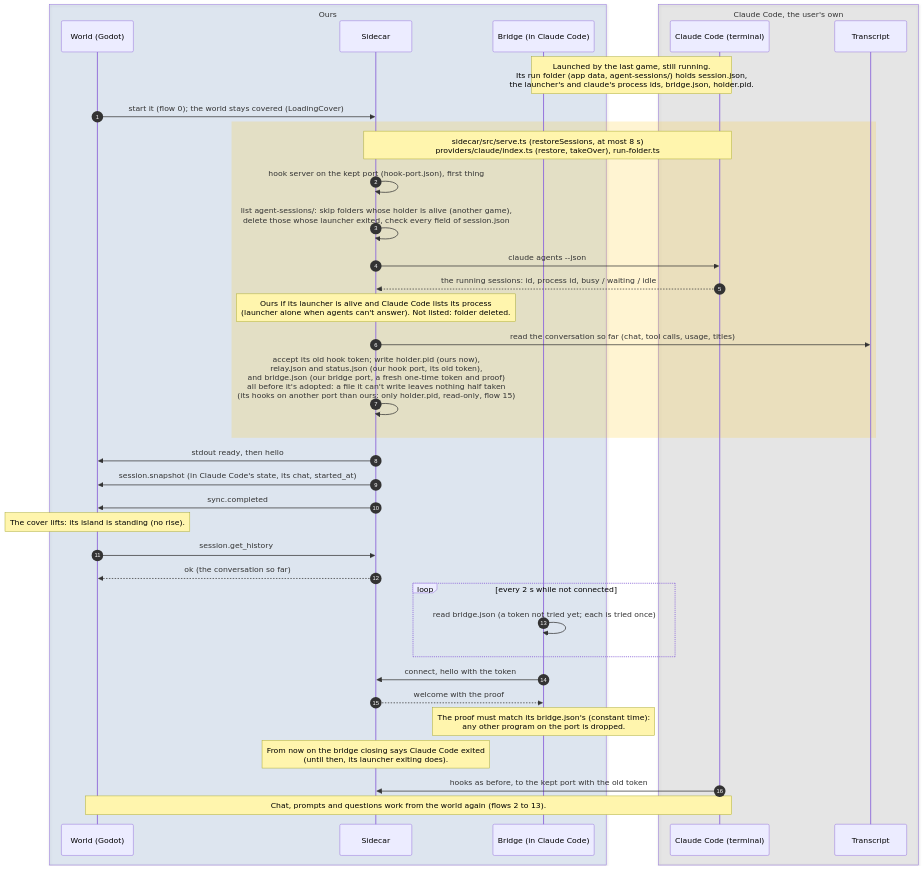
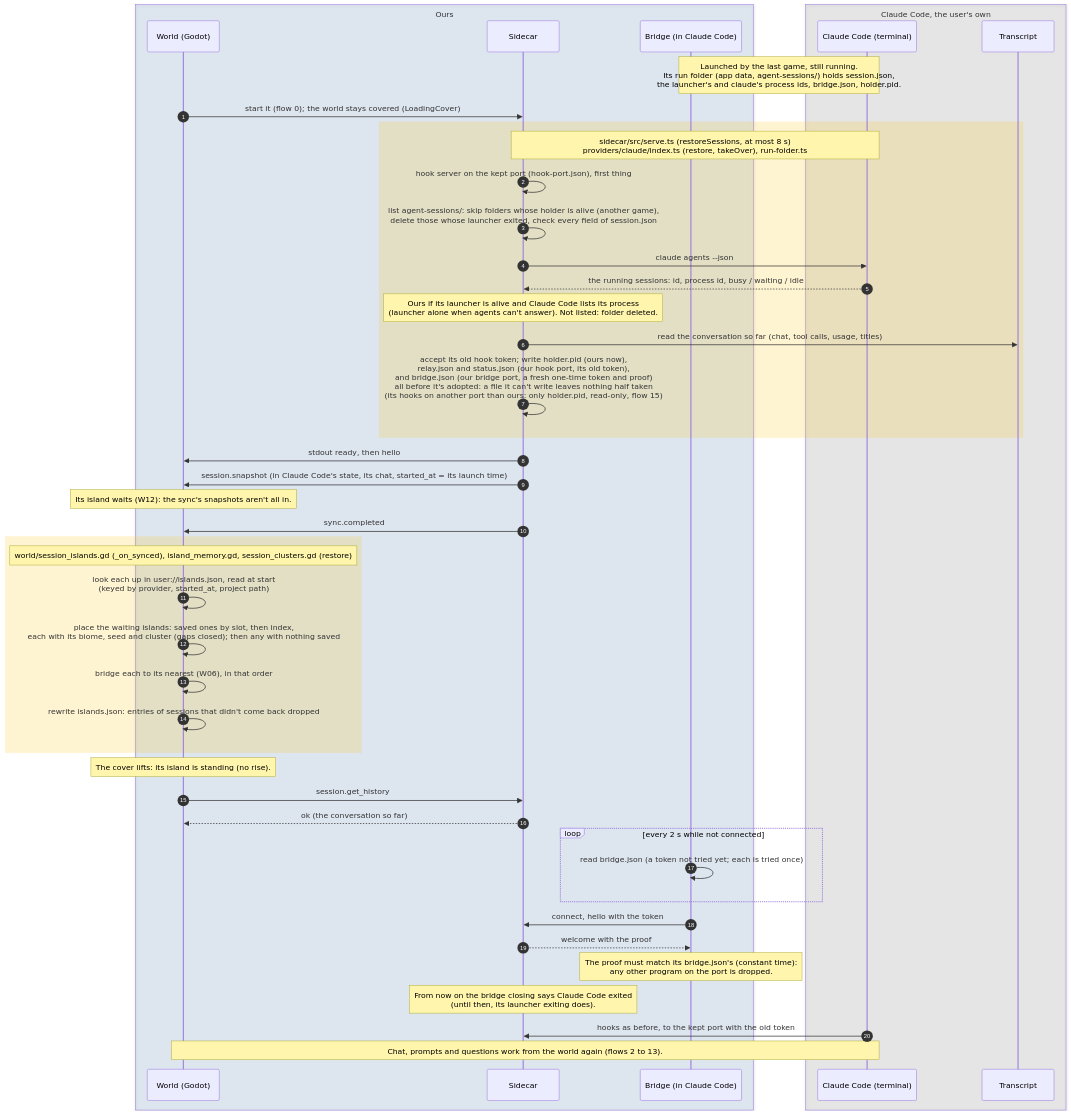
One commit to PaoloPortugal/The-Beach changed the diagram in docs/diagrams/sequence/14-reattach-after-restart.md. Above: the diagram before and after it, drawn with Mermaid. The commit also changed other lines of this file and 5 other files, not shown here.

Commit message:
Docs: W12 built (NOTES W12 how it works, open point, tests; index row; guide W12 and W05; flow 14; dev log; live steps)

````diff
--- a/docs/diagrams/sequence/14-reattach-after-restart.md
+++ b/docs/diagrams/sequence/14-reattach-after-restart.md
@@ -7,43 +8,51 @@
 ```mermaid
 sequenceDiagram
     autonumber
 
     box rgba(47,111,191,0.12) Ours
         participant World as World (Godot)
         participant Sidecar
         participant Bridge as Bridge (in Claude Code)
     end
 
     box rgba(128,128,128,0.14) Claude Code, the user's own
         participant Claude as Claude Code (terminal)
         participant Log as Transcript
     end
 
     Note over Claude,Bridge: Launched by the last game, still running.<br/>Its run folder (app data, agent-sessions/) holds session.json,<br/>the launcher's and claude's process ids, bridge.json, holder.pid.
     World->>Sidecar: start it (flow 0)#59; the world stays covered (LoadingCover)
     rect rgba(255,193,7,0.18)
         Note over Sidecar,Claude: sidecar/src/serve.ts (restoreSessions, at most 8 s)<br/>providers/claude/index.ts (restore, takeOver), run-folder.ts
         Sidecar->>Sidecar: hook server on the kept port (hook-port.json), first thing
         Sidecar->>Sidecar: list agent-sessions/: skip folders whose holder is alive (another game),<br/>delete those whose launcher exited, check every field of session.json
         Sidecar->>Claude: claude agents --json
         Claude-->>Sidecar: the running sessions: id, process id, busy / waiting / idle
         Note over Sidecar: Ours if its launcher is alive and Claude Code lists its process<br/>(launcher alone when agents can't answer). Not listed: folder deleted.
         Sidecar->>Log: read the conversation so far (chat, tool calls, usage, titles)
         Sidecar->>Sidecar: accept its old hook token#59; write holder.pid (ours now),<br/>relay.json and status.json (our hook port, its old token),<br/>and bridge.json (our bridge port, a fresh one-time token and proof)<br/>all before it's adopted: a file it can't write leaves nothing half taken<br/>(its hooks on another port than ours: only holder.pid, read-only, flow 15)
     end
     Sidecar->>World: stdout ready, then hello
-    Sidecar->>World: session.snapshot (in Claude Code's state, its chat, started_at)
+    Sidecar->>World: session.snapshot (in Claude Code's state, its chat, started_at = its launch time)
+    Note over World: Its island waits (W12): the sync's snapshots aren't all in.
     Sidecar->>World: sync.completed
+    rect rgba(255,193,7,0.18)
+        Note over World: world/session_islands.gd (_on_synced), island_memory.gd, session_clusters.gd (restore)
+        World->>World: look each up in user://islands.json, read at start<br/>(keyed by provider, started_at, project path)
+        World->>World: place the waiting islands: saved ones by slot, then index,<br/>each with its biome, seed and cluster (gaps closed)#59; then any with nothing saved
+        World->>World: bridge each to its nearest (W06), in that order
+        World->>World: rewrite islands.json: entries of sessions that didn't come back dropped
+    end
     Note over World: The cover lifts: its island is standing (no rise).
     World->>Sidecar: session.get_history
     Sidecar-->>World: ok (the conversation so far)
     loop every 2 s while not connected
         Bridge->>Bridge: read bridge.json (a token not tried yet#59; each is tried once)
     end
     Bridge->>Sidecar: connect, hello with the token
     Sidecar-->>Bridge: welcome with the proof
     Note over Bridge: The proof must match its bridge.json's (constant time):<br/>any other program on the port is dropped.
     Note over Sidecar: From now on the bridge closing says Claude Code exited<br/>(until then, its launcher exiting does).
     Claude->>Sidecar: hooks as before, to the kept port with the old token
     Note over World,Claude: Chat, prompts and questions work from the world again (flows 2 to 13).
 ```
````
